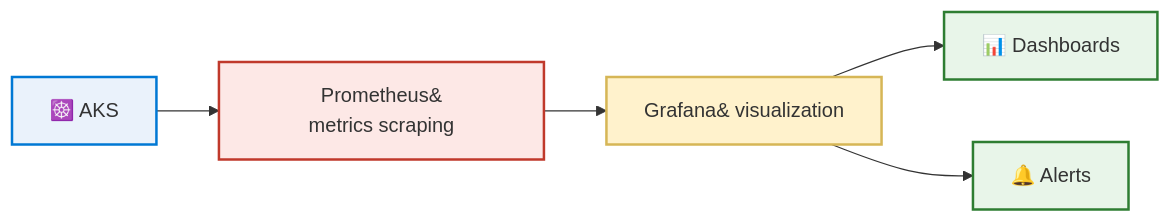
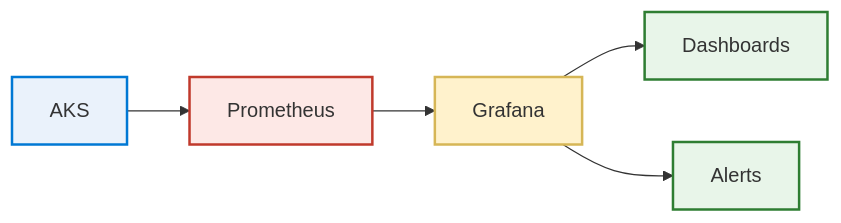
The sixth of 6 diagrams in README.md (aniket-devop/aniket-devop), drawn with Mermaid before and after one commit. The commit also changed other lines of this file, not shown here.

````diff
--- a/README.md
+++ b/README.md
@@ -335,16 +272,16 @@
 ```mermaid
 flowchart LR
-    AKSM["☸️ AKS"] --> PROM["Prometheus&#10;metrics scraping"]
-    PROM --> GRAFANA["Grafana&#10;visualization"]
-    GRAFANA --> DASH["📊 Dashboards"]
-    GRAFANA --> ALERT["🔔 Alerts"]
+    AKSM["AKS"] --> PROM["Prometheus"]
+    PROM --> GRAFANA["Grafana"]
+    GRAFANA --> DASH["Dashboards"]
+    GRAFANA --> ALERT["Alerts"]
 
     classDef aks fill:#eaf2fb,stroke:#0078D4,stroke-width:2px
     classDef prom fill:#fde8e6,stroke:#c0392b,stroke-width:2px
     classDef graf fill:#fff2cc,stroke:#d6b656,stroke-width:2px
     classDef out fill:#e8f5e9,stroke:#2e7d32,stroke-width:2px
     class AKSM aks
     class PROM prom
     class GRAFANA graf
     class DASH,ALERT out
 ```
````
